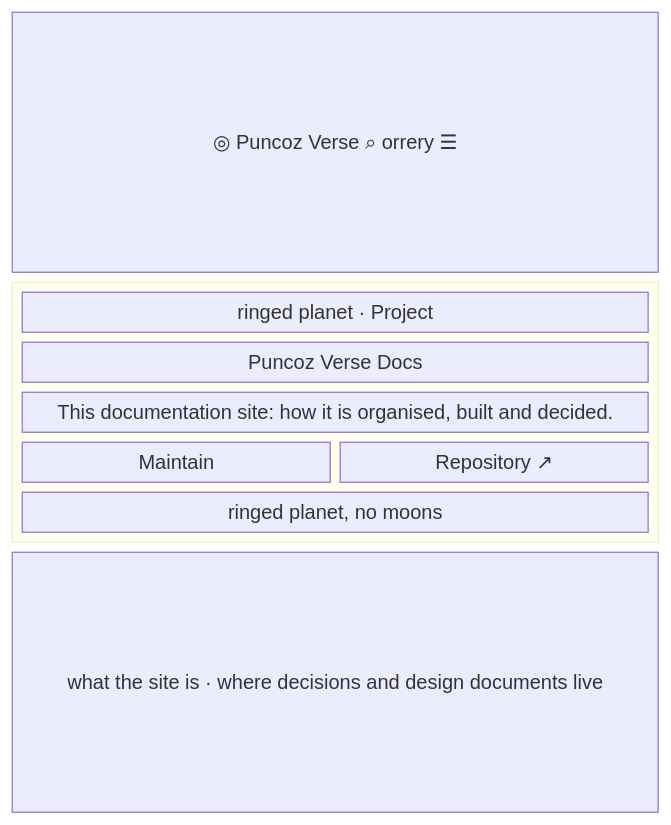
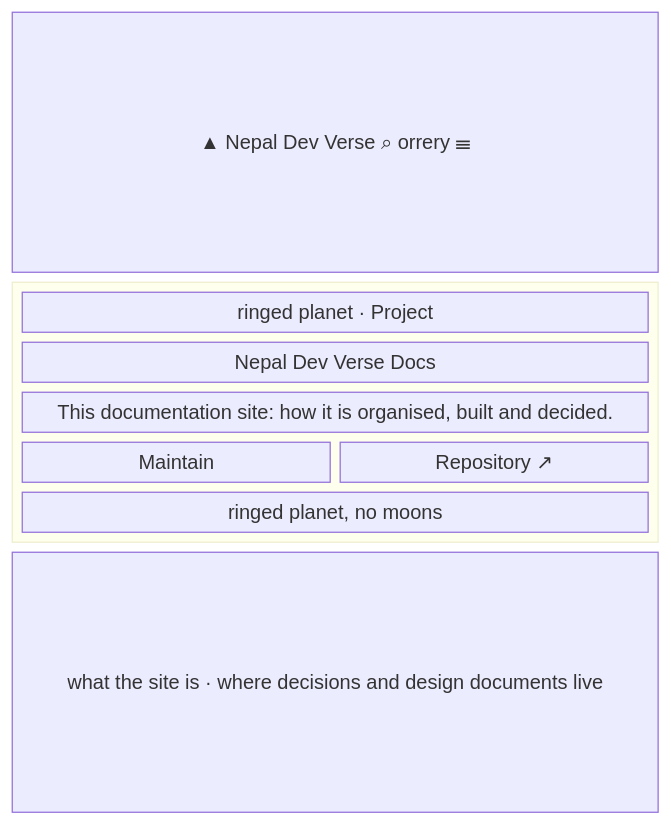
Before and after one commit to nepal-dev-com/docs.nepal-dev.com: the eighth of 8 diagrams in content/docs/maintain/app-flow/site-pages.mdx, drawn with Mermaid. The commit also changed other lines of this file and 145 other files, not shown here.

Commit message:
nepal dev docs

````diff
--- a/content/docs/maintain/app-flow/site-pages.mdx
+++ b/content/docs/maintain/app-flow/site-pages.mdx
@@ -273,14 +273,14 @@
 ```mermaid
 block-beta
   columns 4
-  hdr["◎ Puncoz Verse   ⌕ orrery ☰"]:4
+  hdr["▲ Nepal Dev Verse   ⌕ orrery ☰"]:4
   block:hero:4
     columns 4
     kind["ringed planet · Project"]:4
-    name["Puncoz Verse Docs"]:4
+    name["Nepal Dev Verse Docs"]:4
     desc["This documentation site: how it is organised, built and decided."]:4
     maint["Maintain"]:2 repo["Repository ↗"]:2
     draw["ringed planet, no moons"]:4
   end
   body["what the site is · where decisions and design documents live"]:4
 ```
````
